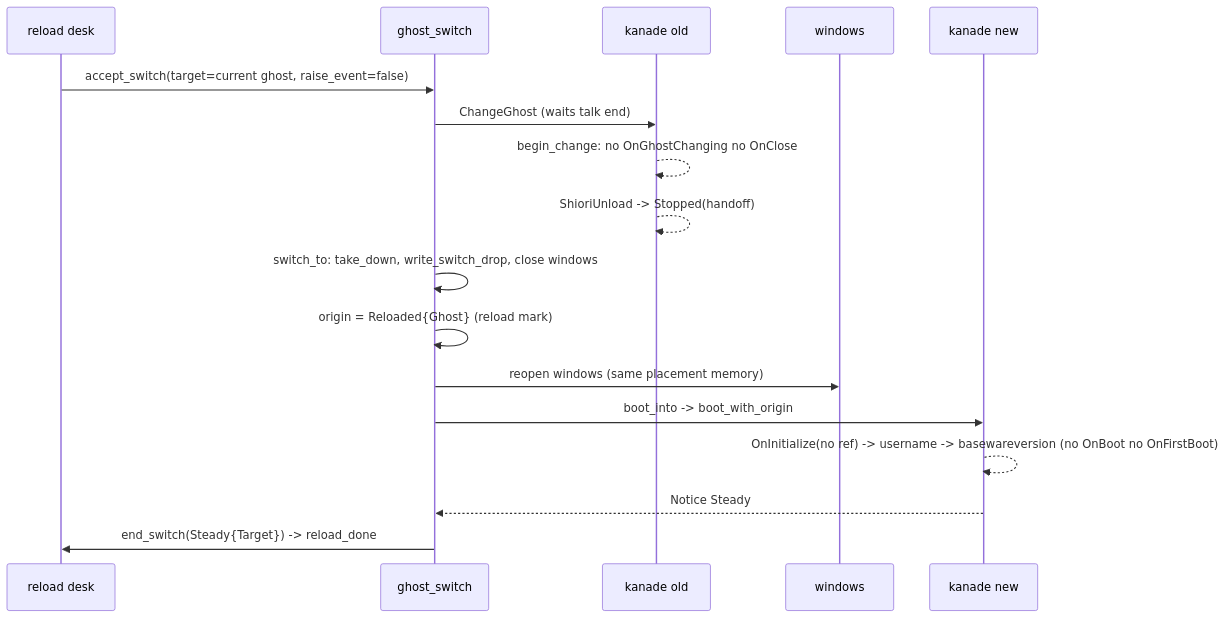
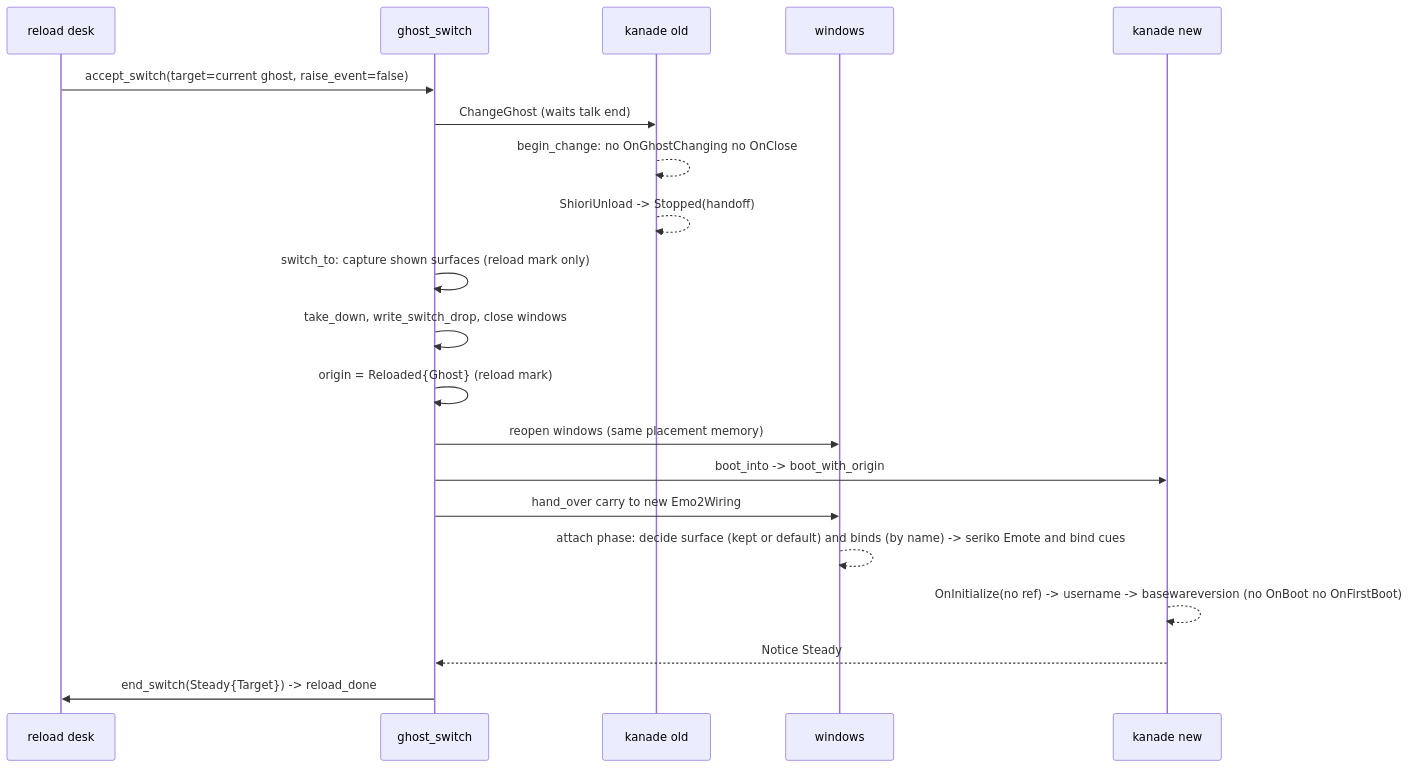
The third of 6 diagrams in .kiro/specs/areka-P0-mcp-reload/design.md (ekicyou/areka), drawn with Mermaid before and after one commit. The commit also changed other lines of this file and 21 other files, not shown here.

````diff
--- a/.kiro/specs/areka-P0-mcp-reload/design.md
+++ b/.kiro/specs/areka-P0-mcp-reload/design.md
@@ -224,19 +234,22 @@
 ```mermaid
 sequenceDiagram
     participant D as reload desk
     participant G as ghost_switch
     participant K as kanade old
     participant W as windows
     participant N as kanade new
     D->>G: accept_switch(target=current ghost, raise_event=false)
     G->>K: ChangeGhost (waits talk end)
     K-->>K: begin_change: no OnGhostChanging no OnClose
     K-->>K: ShioriUnload -> Stopped(handoff)
-    G->>G: switch_to: take_down, write_switch_drop, close windows
+    G->>G: switch_to: capture shown surfaces (reload mark only)
+    G->>G: take_down, write_switch_drop, close windows
     G->>G: origin = Reloaded{Ghost} (reload mark)
     G->>W: reopen windows (same placement memory)
     G->>N: boot_into -> boot_with_origin
+    G->>W: hand_over carry to new Emo2Wiring
+    W-->>W: attach phase: decide surface (kept or default) and binds (by name) -> seriko Emote and bind cues
     N-->>N: OnInitialize(no ref) -> username -> basewareversion (no OnBoot no OnFirstBoot)
     N-->>G: Notice Steady
     G->>D: end_switch(Steady{Target}) -> reload_done
 ```
````
